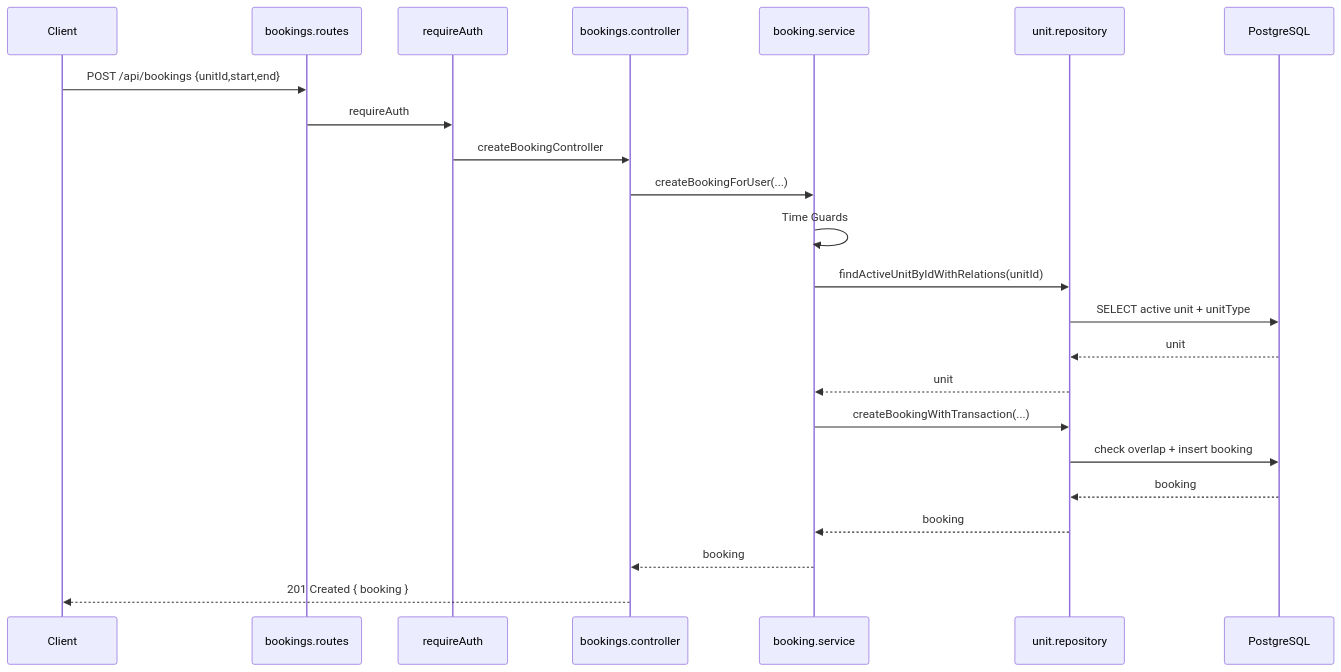
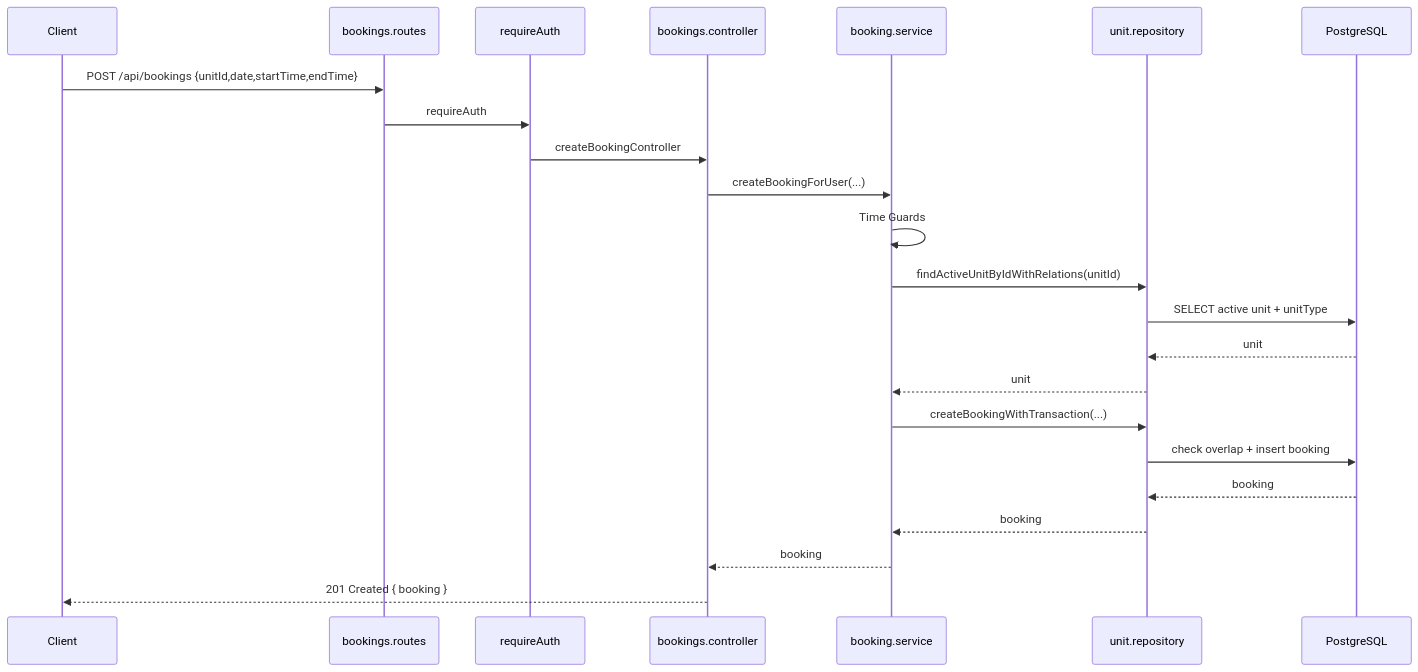
One commit to CodeRacon/roomfull-2.0 changed the first of 4 diagrams in backend/docs/booking-flow.md. Above: the diagram before and after it, drawn with Mermaid. The commit also changed other lines of this file and 17 other files, not shown here.

Commit message:
docs: align booking architecture contracts

````diff
--- a/backend/docs/booking-flow.md
+++ b/backend/docs/booking-flow.md
@@ -203,26 +215,26 @@
 ```mermaid
 sequenceDiagram
   participant C as Client
   participant R as bookings.routes
   participant M as requireAuth
   participant CT as bookings.controller
   participant S as booking.service
   participant UR as unit.repository
   participant DB as PostgreSQL
 
-  C->>R: POST /api/bookings {unitId,start,end}
+  C->>R: POST /api/bookings {unitId,date,startTime,endTime}
   R->>M: requireAuth
   M->>CT: createBookingController
   CT->>S: createBookingForUser(...)
   S->>S: Time Guards
   S->>UR: findActiveUnitByIdWithRelations(unitId)
   UR->>DB: SELECT active unit + unitType
   DB-->>UR: unit
   UR-->>S: unit
   S->>UR: createBookingWithTransaction(...)
   UR->>DB: check overlap + insert booking
   DB-->>UR: booking
   UR-->>S: booking
   S-->>CT: booking
   CT-->>C: 201 Created { booking }
 ```
````
